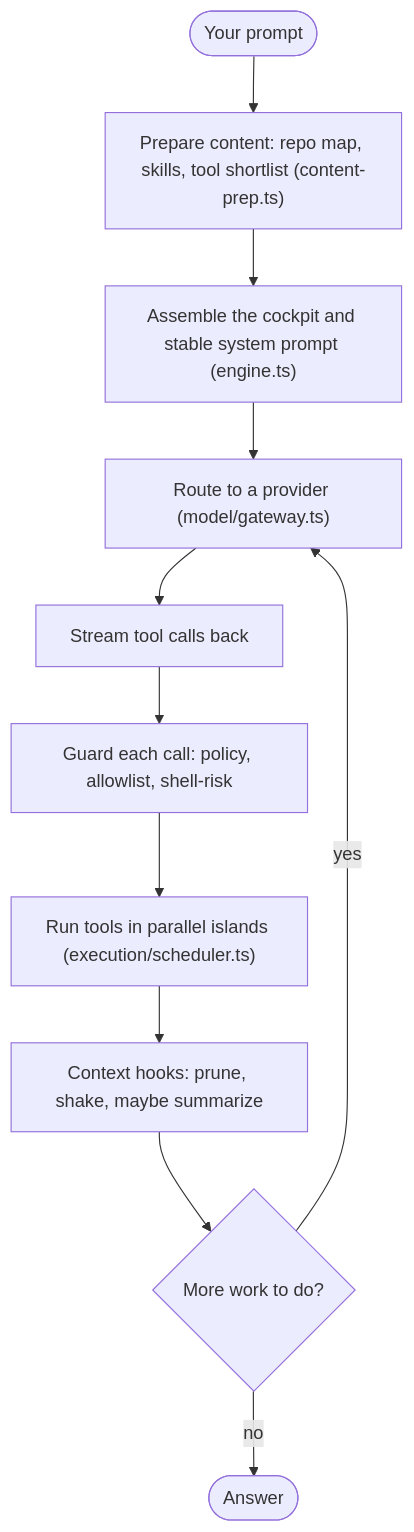
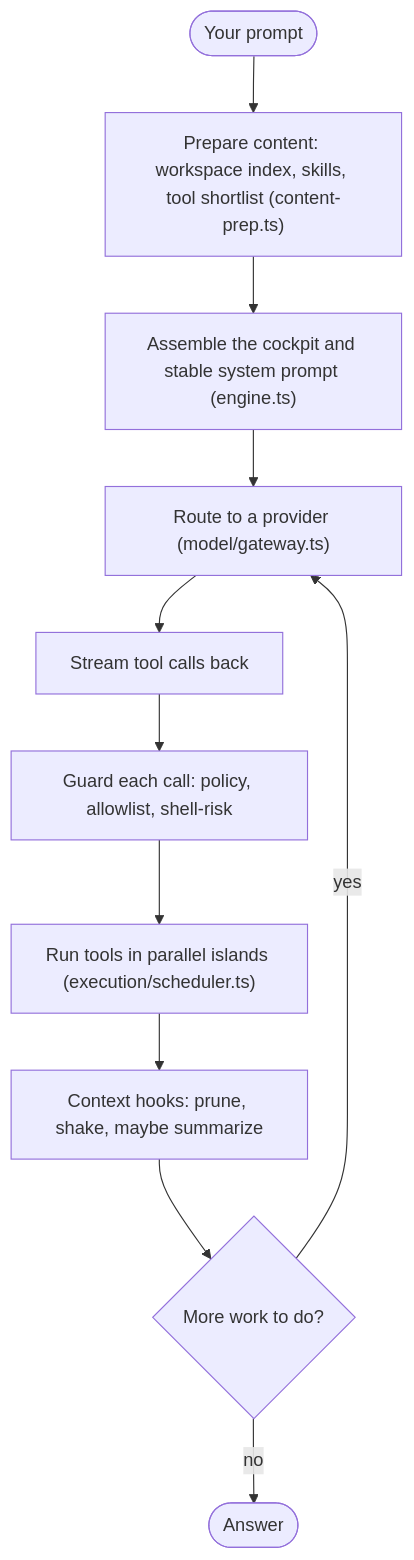
Before and after one commit to gowtham-uj/ReaperCode: the first of 2 diagrams in README.md, drawn with Mermaid. The commit also changed other lines of this file and 118 other files, not shown here.

````diff
--- a/README.md
+++ b/README.md
@@ -28,13 +27,13 @@
 ```mermaid
 flowchart TD
-    U(["Your prompt"]) --> P["Prepare content: repo map, skills, tool shortlist (content-prep.ts)"]
+    U(["Your prompt"]) --> P["Prepare content: workspace index, skills, tool shortlist (content-prep.ts)"]
     P --> B["Assemble the cockpit and stable system prompt (engine.ts)"]
     B --> R["Route to a provider (model/gateway.ts)"]
     R --> S["Stream tool calls back"]
     S --> G["Guard each call: policy, allowlist, shell-risk"]
     G --> X["Run tools in parallel islands (execution/scheduler.ts)"]
     X --> H["Context hooks: prune, shake, maybe summarize"]
     H --> D{"More work to do?"}
     D -->|yes| R
     D -->|no| E(["Answer"])
 ```
````
